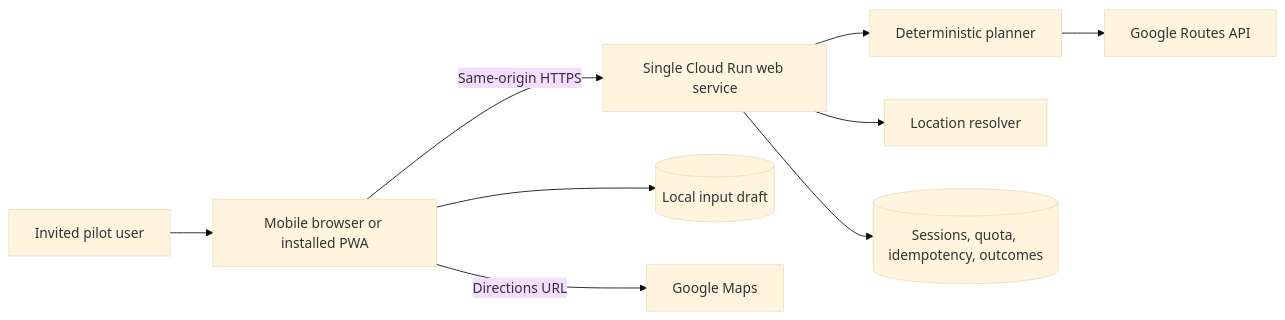
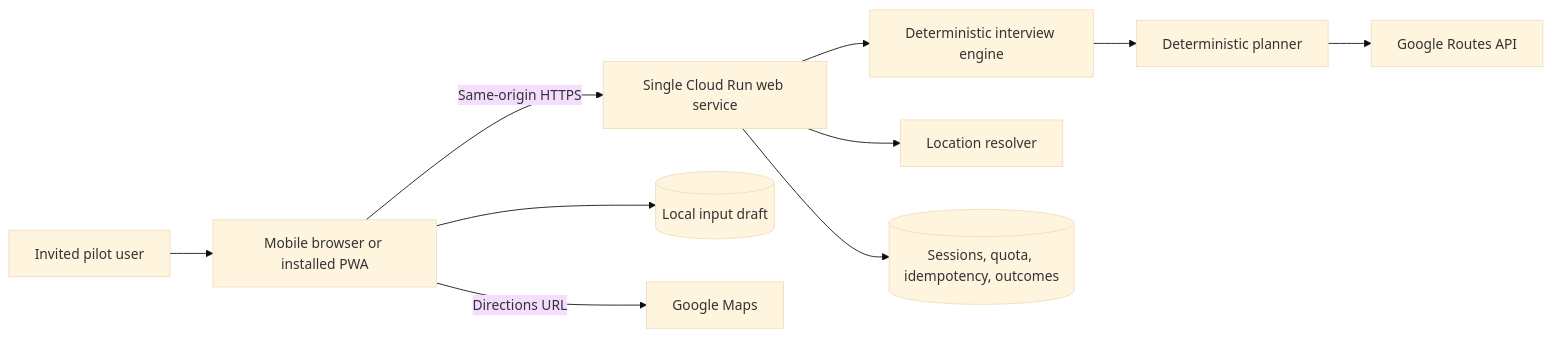
One commit to UM-NLP/whenshouldgo changed the first of 3 diagrams in docs/web-architecture.md. Above: the diagram before and after it, drawn with Mermaid (base theme). The commit also changed other lines of this file, not shown here.

Commit message:
Add deterministic interview architecture

````diff
--- a/docs/web-architecture.md
+++ b/docs/web-architecture.md
@@ -22,21 +22,23 @@
 ```mermaid
 flowchart LR
     User[Invited pilot user]
     Browser[Mobile browser or installed PWA]
     Service[Single Cloud Run web service]
+    Interview[Deterministic interview engine]
     Planner[Deterministic planner]
     Routes[Google Routes API]
     Geocode[Location resolver]
     Firestore[(Sessions, quota, idempotency, outcomes)]
     IndexedDB[(Local input draft)]
     Maps[Google Maps]
 
     User --> Browser
     Browser -->|Same-origin HTTPS| Service
     Browser --> IndexedDB
-    Service --> Planner
+    Service --> Interview
+    Interview --> Planner
     Planner --> Routes
     Service --> Geocode
     Service --> Firestore
     Browser -->|Directions URL| Maps
 ```
````
